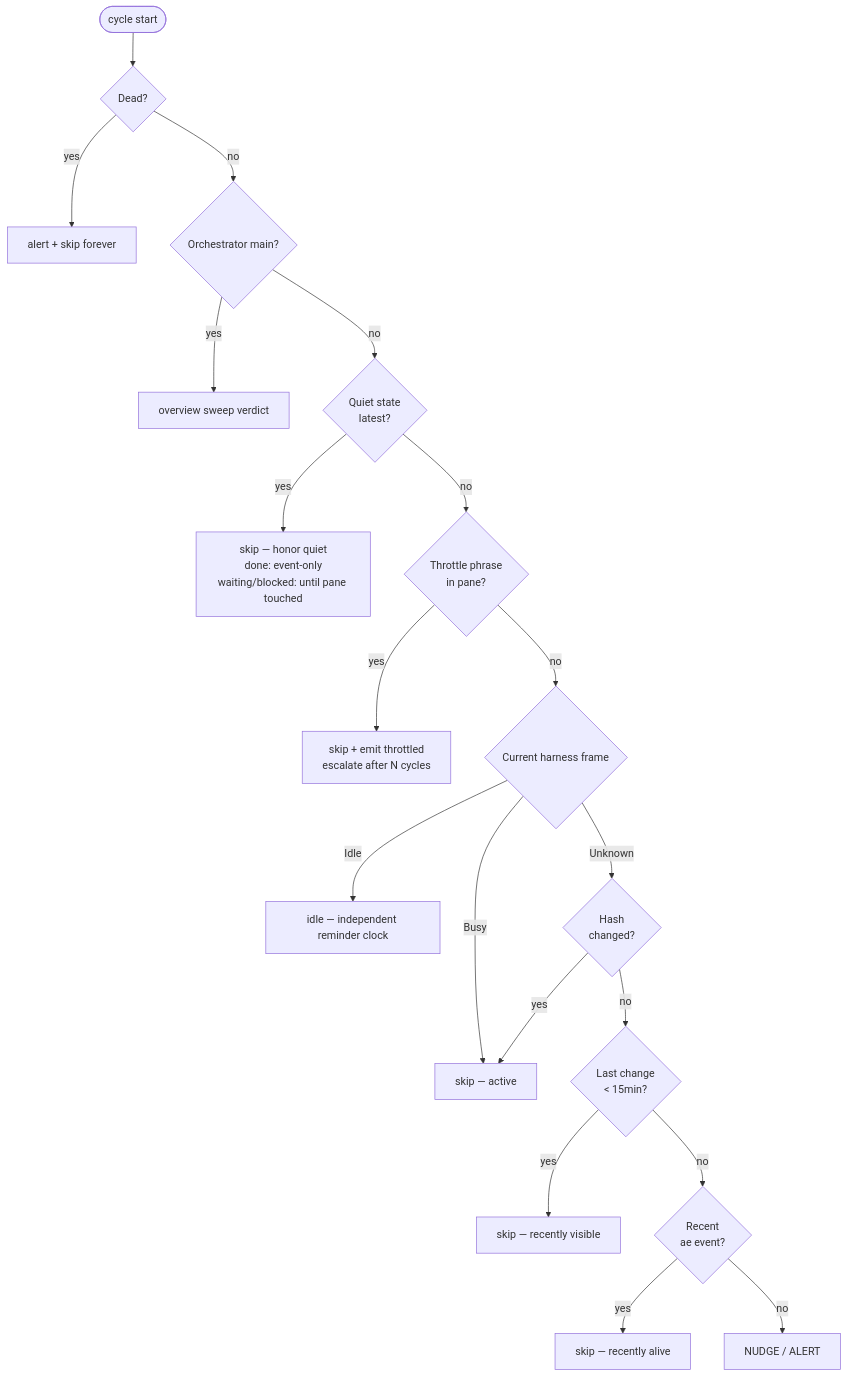
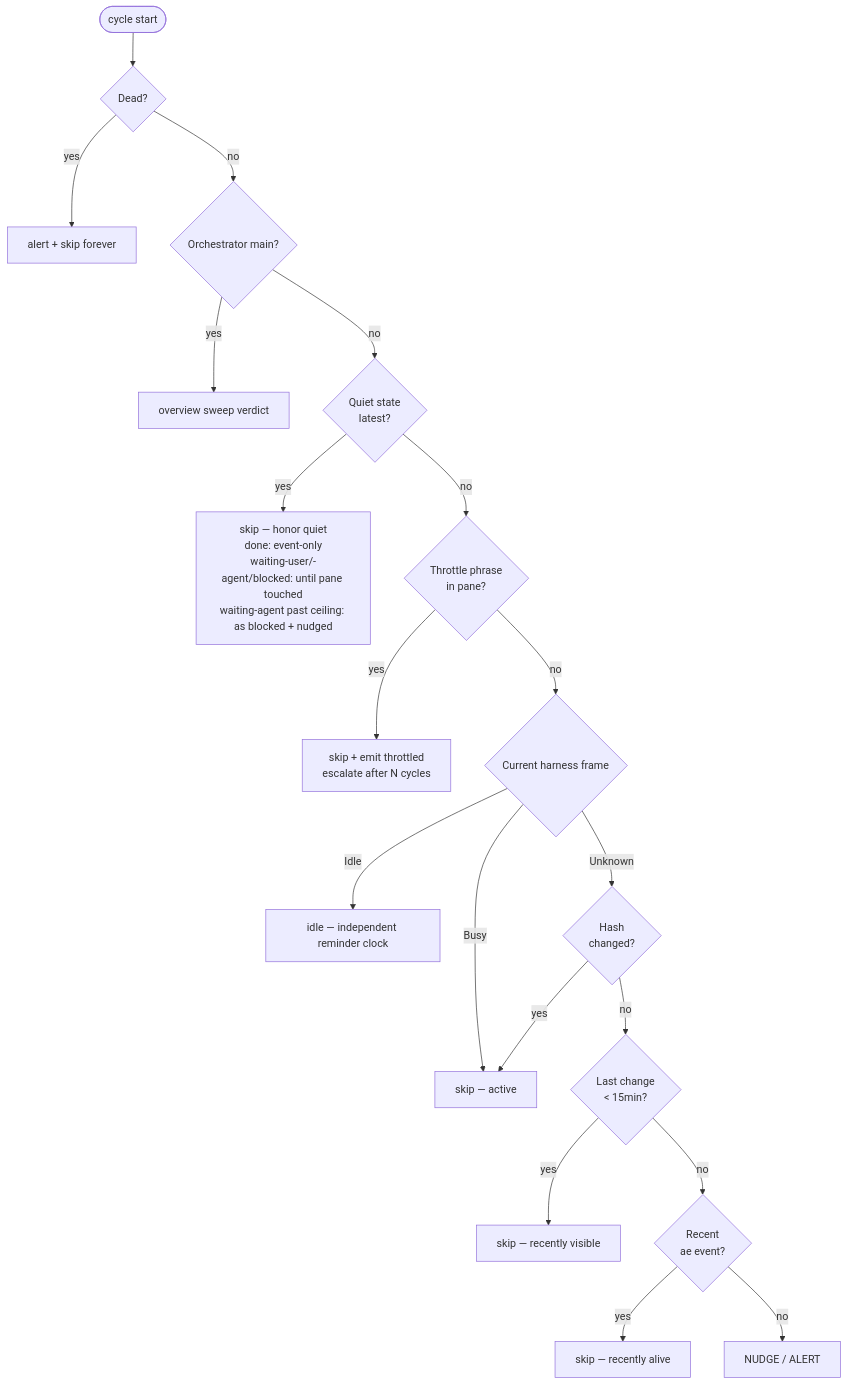
The first of 2 diagrams in docs/internals/watchdog.md (clemens33/ae), drawn with Mermaid before and after one commit. The commit also changed other lines of this file and 20 other files, not shown here.

Commit message:
Add waiting-agent: the fifth declared work state

````diff
--- a/docs/internals/watchdog.md
+++ b/docs/internals/watchdog.md
@@ -169,21 +170,21 @@
 ```mermaid
 flowchart TD
     Start([cycle start]) --> Dead{Dead?}
     Dead -- yes --> AlertDead[alert + skip forever]
     Dead -- no --> Meta{Orchestrator main?}
     Meta -- yes --> Sweep[overview sweep verdict]
     Meta -- no --> Done{Quiet state<br/>latest?}
-    Done -- yes --> SkipDone[skip — honor quiet<br/>done: event-only<br/>waiting/blocked: until pane touched]
+    Done -- yes --> SkipDone[skip — honor quiet<br/>done: event-only<br/>waiting-user/-agent/blocked: until pane touched<br/>waiting-agent past ceiling: as blocked + nudged]
     Done -- no --> Throttled{Throttle phrase<br/>in pane?}
     Throttled -- yes --> SkipThrottle[skip + emit throttled<br/>escalate after N cycles]
     Throttled -- no --> Frame{Current harness frame}
     Frame -- Busy --> MarkActive[working — clear stale alert]
     Frame -- Idle --> MarkIdle[idle — independent reminder clock]
     Frame -- Unknown --> Active{Hash<br/>changed?}
     Active -- yes --> MarkActive[skip — active]
     Active -- no --> RecentVis{Last change<br/>&lt; 15min?}
     RecentVis -- yes --> SkipVis[skip — recently visible]
     RecentVis -- no --> RecentAlive{Recent<br/>ae event?}
     RecentAlive -- yes --> SkipAlive[skip — recently alive]
     RecentAlive -- no --> Stale[NUDGE / ALERT]
 ```
````
